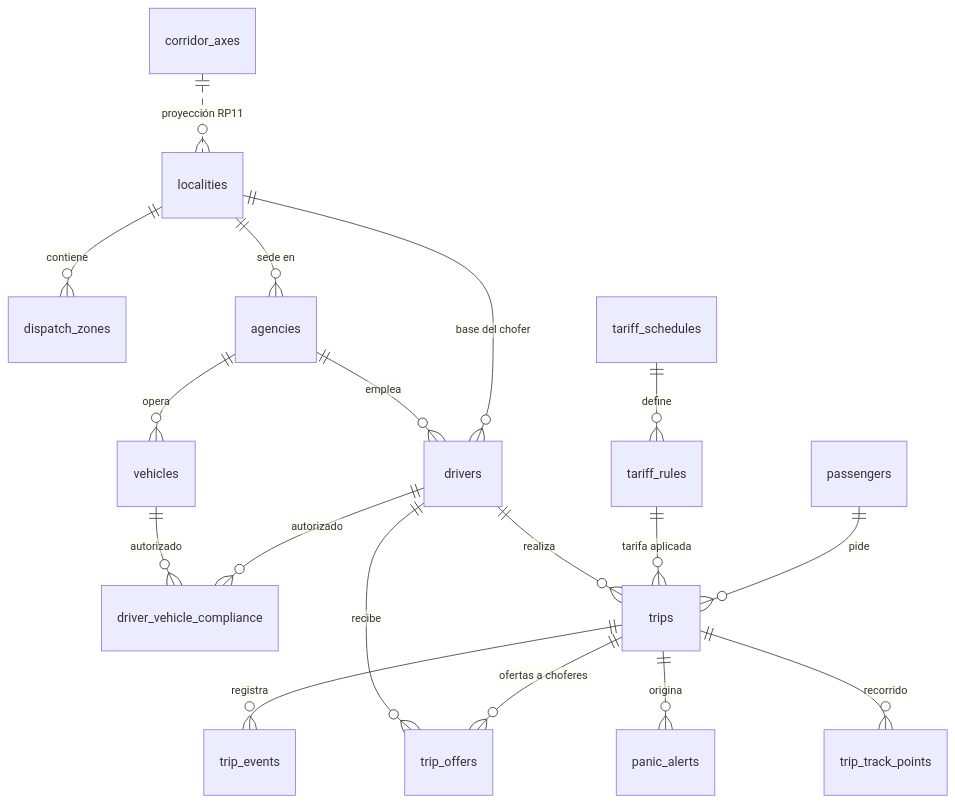
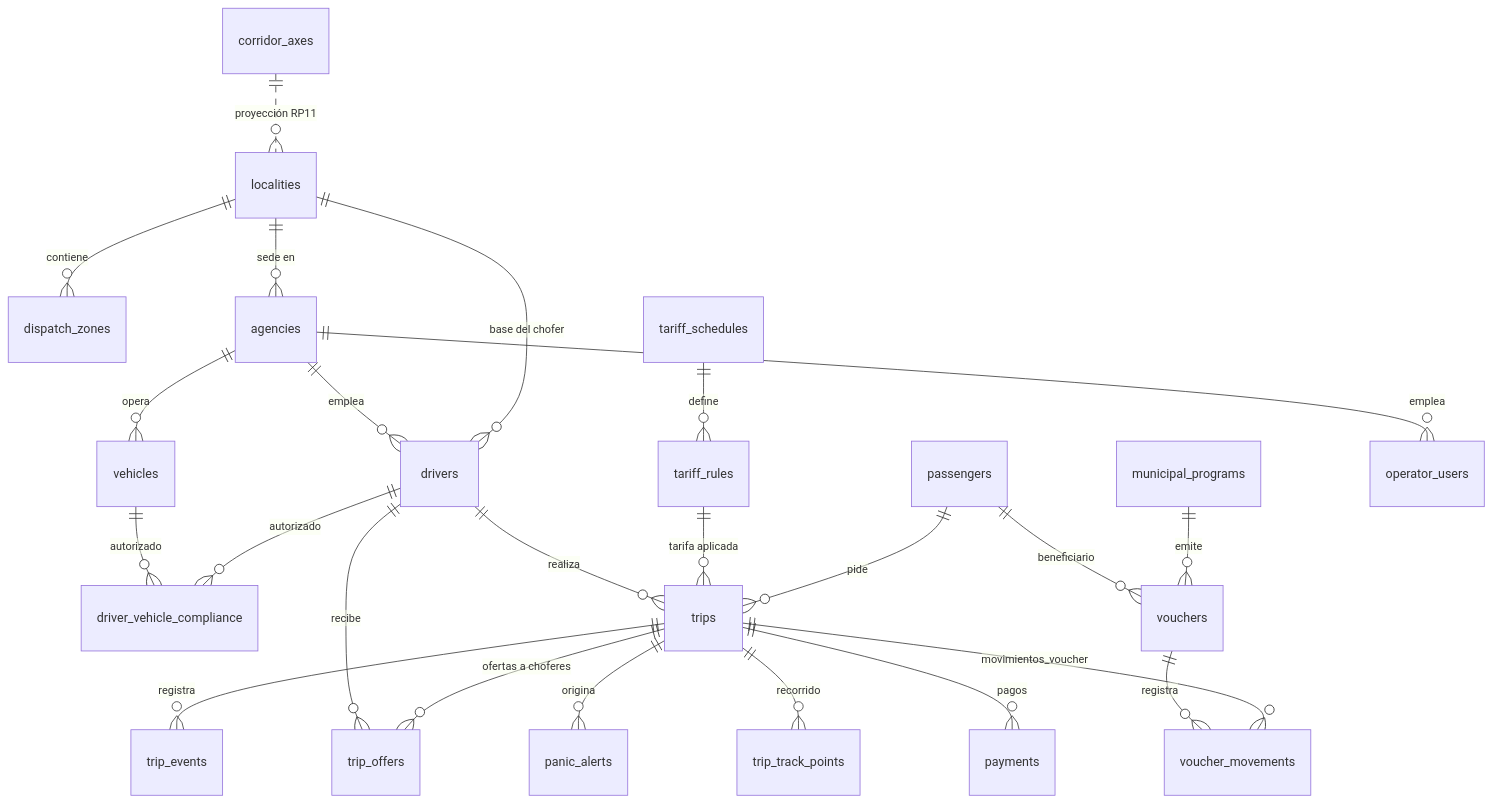
The diagram in docs/MODELO_DATOS.md (mchssj/LaCostaViaja), drawn with Mermaid before and after one commit. The commit also changed other lines of this file and 9 other files, not shown here.

Commit message:
feat(db): Fase 3 - migracion, seeds demo y helpers (pagos, vouchers, COM)

````diff
--- a/docs/MODELO_DATOS.md
+++ b/docs/MODELO_DATOS.md
@@ -8,20 +8,26 @@
 ```mermaid
 erDiagram
     corridor_axes ||..o{ localities : "proyección RP11"
     localities ||--o{ dispatch_zones : contiene
     localities ||--o{ agencies : "sede en"
     localities ||--o{ drivers : "base del chofer"
     agencies ||--o{ drivers : emplea
     agencies ||--o{ vehicles : opera
     drivers ||--o{ driver_vehicle_compliance : autorizado
     vehicles ||--o{ driver_vehicle_compliance : autorizado
     tariff_schedules ||--o{ tariff_rules : define
     passengers ||--o{ trips : pide
     tariff_rules ||--o{ trips : "tarifa aplicada"
     drivers ||--o{ trips : realiza
     trips ||--o{ trip_events : registra
     trips ||--o{ panic_alerts : origina
     trips ||--o{ trip_offers : "ofertas a choferes"
     drivers ||--o{ trip_offers : recibe
     trips ||--o{ trip_track_points : recorrido
+    trips ||--o{ payments : pagos
+    trips ||--o{ voucher_movements : movimientos_voucher
+    municipal_programs ||--o{ vouchers : emite
+    vouchers ||--o{ voucher_movements : registra
+    passengers ||--o{ vouchers : beneficiario
+    agencies ||--o{ operator_users : emplea
 ```
````
